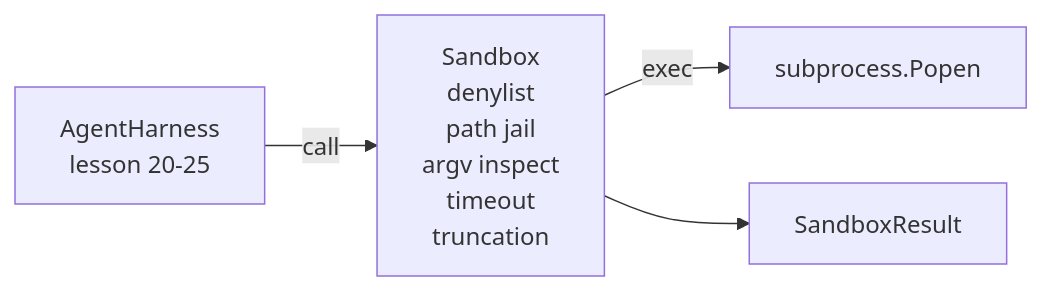
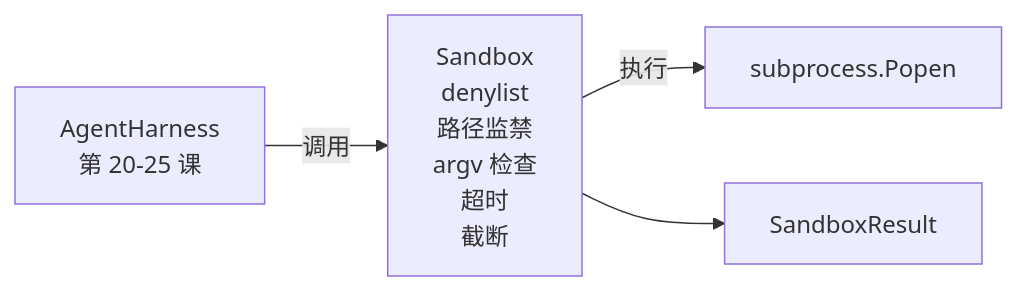
The second of 2 diagrams in phases/19-capstone-projects/26-sandbox-runner-denylist/docs/zh.md (alessandrodinisio-ai/ai-engineering-learning-framework), drawn with Mermaid before and after one commit. The commit also changed other lines of this file and 120 other files, not shown here.

First line of the commit message:
i18n(mermaid): 337 个 mermaid 图表标签中文化

````diff
--- a/phases/19-capstone-projects/26-sandbox-runner-denylist/docs/zh.md
+++ b/phases/19-capstone-projects/26-sandbox-runner-denylist/docs/zh.md
@@ -51,6 +51,6 @@
 ```mermaid
 flowchart LR
-  Harness[AgentHarness<br/>lesson 20-25] -->|call| Sandbox[Sandbox<br/>denylist<br/>path jail<br/>argv inspect<br/>timeout<br/>truncation]
-  Sandbox -->|exec| Popen[subprocess.Popen]
+  Harness[AgentHarness<br/>第 20-25 课] -->|调用| Sandbox[Sandbox<br/>denylist<br/>路径监禁<br/>argv 检查<br/>超时<br/>截断]
+  Sandbox -->|执行| Popen[subprocess.Popen]
   Sandbox --> Result[SandboxResult]
 ```
````
